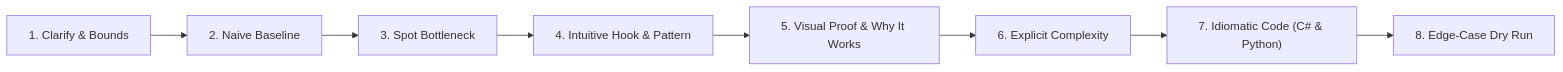
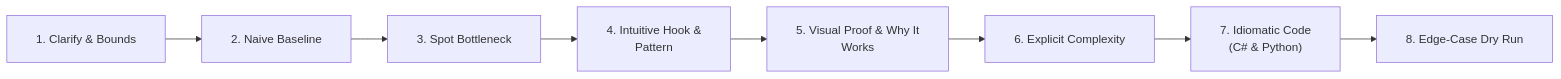
Before and after one commit to dip4k/DSA_102: the first of 2 diagrams in GEMINI.md, drawn with Mermaid. The commit also changed other lines of this file and 108 other files, not shown here.

First line of the commit message:
fix(mermaid): resolve diagram clipping, padding, and syntax issues across repo

````diff
--- a/GEMINI.md
+++ b/GEMINI.md
@@ -26,10 +26,11 @@
 ```mermaid
+%%{init: {"flowchart": {"htmlLabels": true, "padding": 20}}}%%
 flowchart LR
     S1["1. Clarify & Bounds"] --> S2["2. Naive Baseline"]
     S2 --> S3["3. Spot Bottleneck"]
-    S3 --> S4["4. Intuitive Hook & Pattern"]
-    S4 --> S5["5. Visual Proof & Why It Works"]
+    S3 --> S4["4. Intuitive Hook &<br/>Pattern"]
+    S4 --> S5["5. Visual Proof & Why It<br/>Works"]
     S5 --> S6["6. Explicit Complexity"]
-    S6 --> S7["7. Idiomatic Code (C# & Python)"]
+    S6 --> S7["7. Idiomatic Code<br/>(C# & Python)"]
     S7 --> S8["8. Edge-Case Dry Run"]
 ```
````
